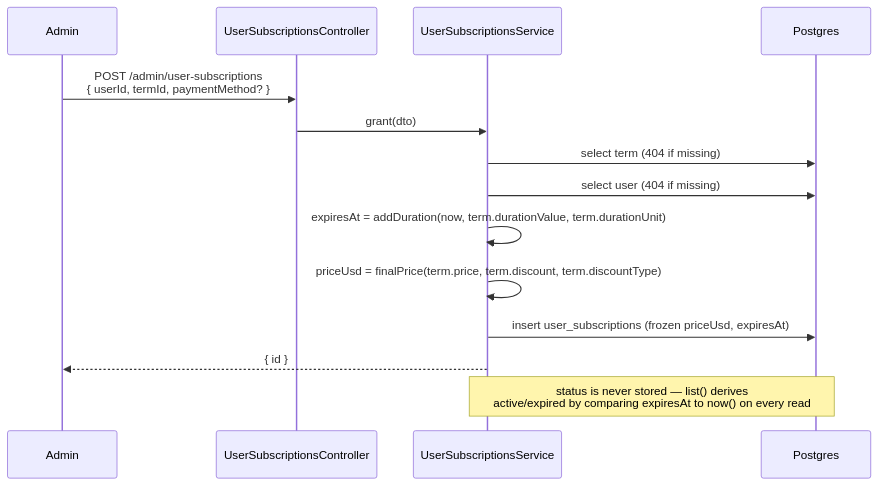
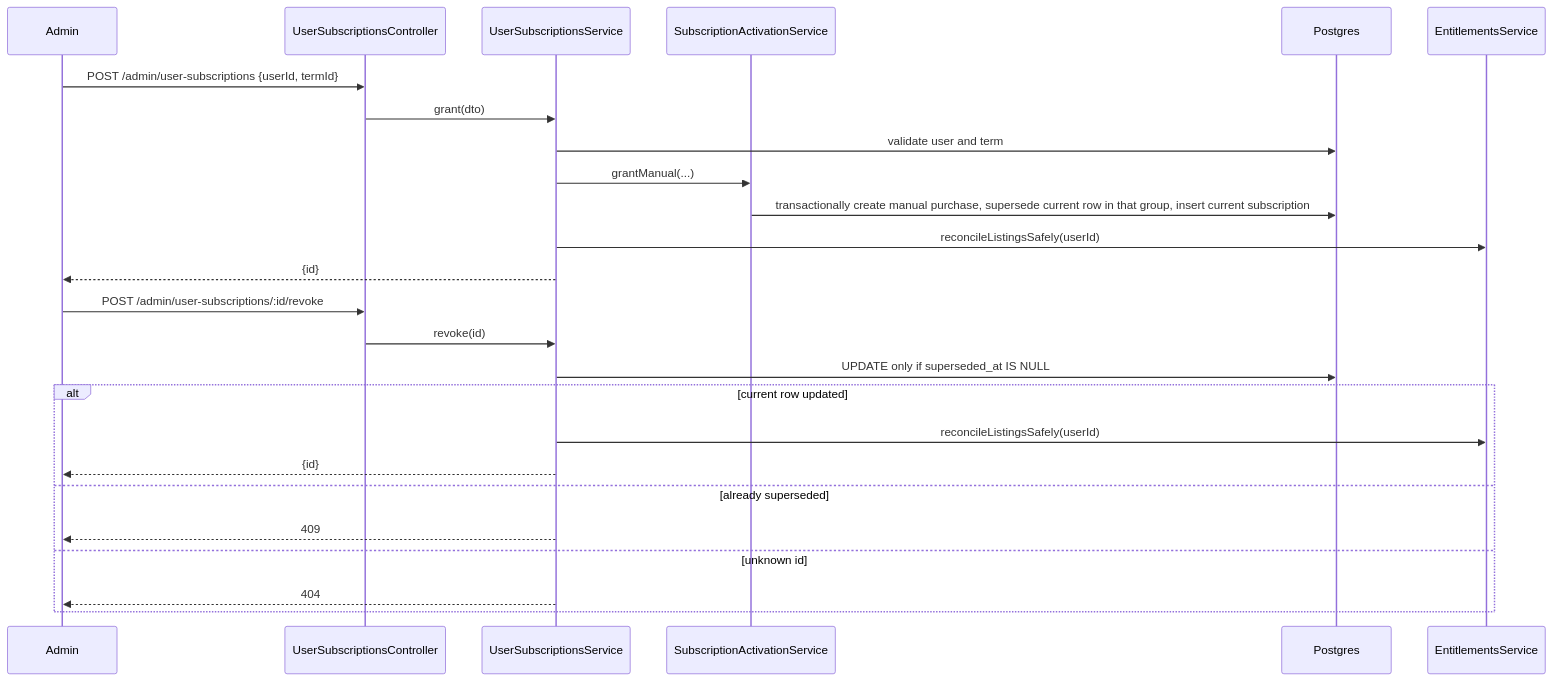
Before and after one commit to SovannrothEang/e-phsar-khmer: the fourth of 4 diagrams in apps/backend/src/admin/subscriptions/README.md, drawn with Mermaid. The commit also changed other lines of this file and 39 other files, not shown here.

First line of the commit message:
fix(subscriptions): review fixes - guarded reconcile, queued admin sweeps, typed status

````diff
--- a/apps/backend/src/admin/subscriptions/README.md
+++ b/apps/backend/src/admin/subscriptions/README.md
@@ -60,18 +99,29 @@
 ```mermaid
 sequenceDiagram
     participant Admin
     participant Controller as UserSubscriptionsController
     participant Service as UserSubscriptionsService
-    participant Postgres
+    participant Activation as SubscriptionActivationService
+    participant DB as Postgres
+    participant Entitlements as EntitlementsService
 
-    Admin->>Controller: POST /admin/user-subscriptions<br/>{ userId, termId, paymentMethod? }
+    Admin->>Controller: POST /admin/user-subscriptions {userId, termId}
     Controller->>Service: grant(dto)
-    Service->>Postgres: select term (404 if missing)
-    Service->>Postgres: select user (404 if missing)
-    Service->>Service: expiresAt = addDuration(now, term.durationValue, term.durationUnit)
-    Service->>Service: priceUsd = finalPrice(term.price, term.discount, term.discountType)
-    Service->>Postgres: insert user_subscriptions (frozen priceUsd, expiresAt)
-    Service-->>Admin: { id }
+    Service->>DB: validate user and term
+    Service->>Activation: grantManual(...)
+    Activation->>DB: transactionally create manual purchase, supersede current row in that group, insert current subscription
+    Service->>Entitlements: reconcileListingsSafely(userId)
+    Service-->>Admin: {id}
 
-    Note over Service,Postgres: status is never stored — list() derives<br/>active/expired by comparing expiresAt to now() on every read
+    Admin->>Controller: POST /admin/user-subscriptions/:id/revoke
+    Controller->>Service: revoke(id)
+    Service->>DB: UPDATE only if superseded_at IS NULL
+    alt current row updated
+        Service->>Entitlements: reconcileListingsSafely(userId)
+        Service-->>Admin: {id}
+    else already superseded
+        Service-->>Admin: 409
+    else unknown id
+        Service-->>Admin: 404
+    end
 ```
````
